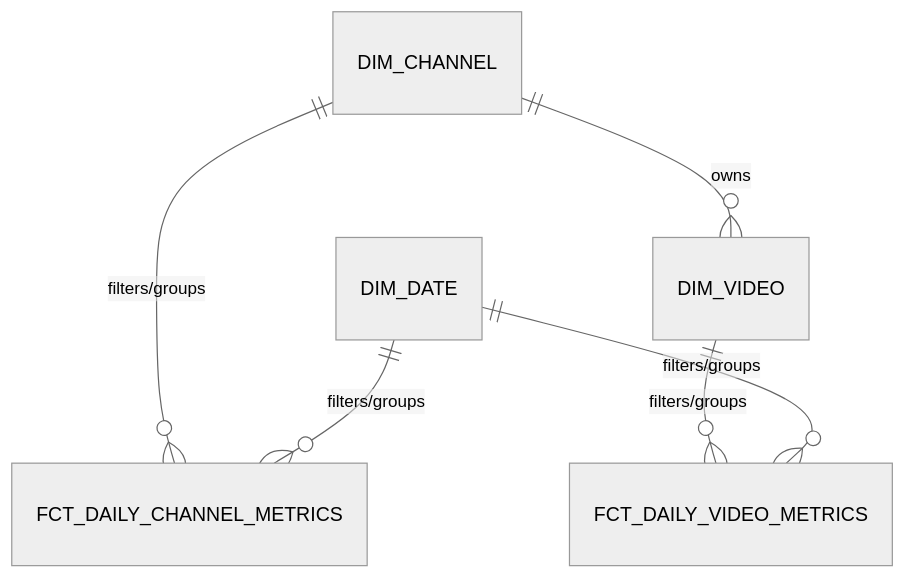
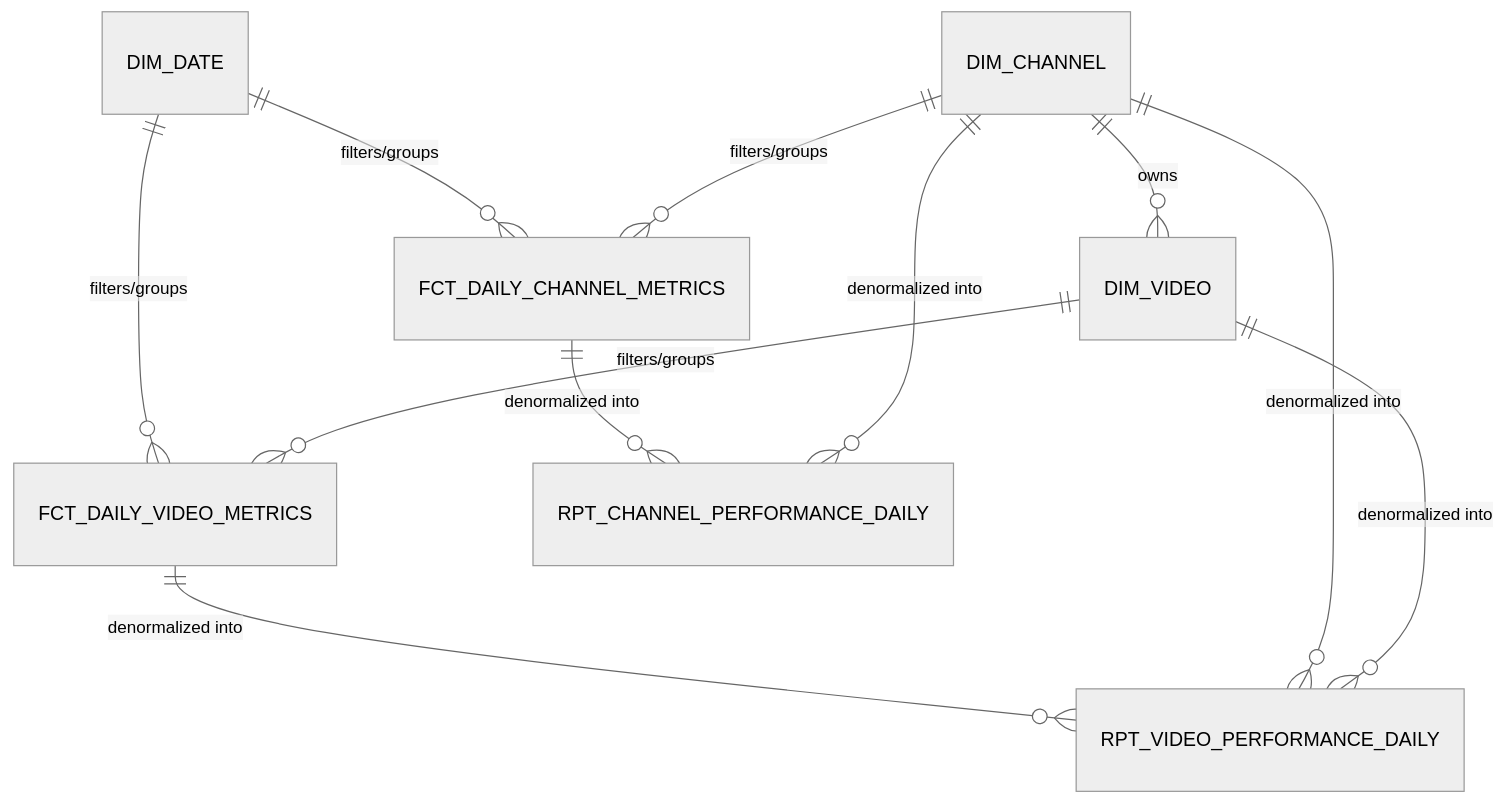
One commit to Matu94/YT-SF-Agentic changed the diagram in docs/database/mart.md. Above: the diagram before and after it, drawn with Mermaid (neutral theme). The commit also changed other lines of this file and 3 other files, not shown here.

````diff
--- a/docs/database/mart.md
+++ b/docs/database/mart.md
@@ -35,8 +45,15 @@
 ```mermaid
 erDiagram
     DIM_CHANNEL ||--o{ FCT_DAILY_CHANNEL_METRICS : "filters/groups"
     DIM_DATE ||--o{ FCT_DAILY_CHANNEL_METRICS : "filters/groups"
     DIM_CHANNEL ||--o{ DIM_VIDEO : "owns"
     DIM_VIDEO ||--o{ FCT_DAILY_VIDEO_METRICS : "filters/groups"
     DIM_DATE ||--o{ FCT_DAILY_VIDEO_METRICS : "filters/groups"
+    
+    DIM_VIDEO ||--o{ RPT_VIDEO_PERFORMANCE_DAILY : "denormalized into"
+    DIM_CHANNEL ||--o{ RPT_VIDEO_PERFORMANCE_DAILY : "denormalized into"
+    FCT_DAILY_VIDEO_METRICS ||--o{ RPT_VIDEO_PERFORMANCE_DAILY : "denormalized into"
+
+    DIM_CHANNEL ||--o{ RPT_CHANNEL_PERFORMANCE_DAILY : "denormalized into"
+    FCT_DAILY_CHANNEL_METRICS ||--o{ RPT_CHANNEL_PERFORMANCE_DAILY : "denormalized into"
 ```
````
